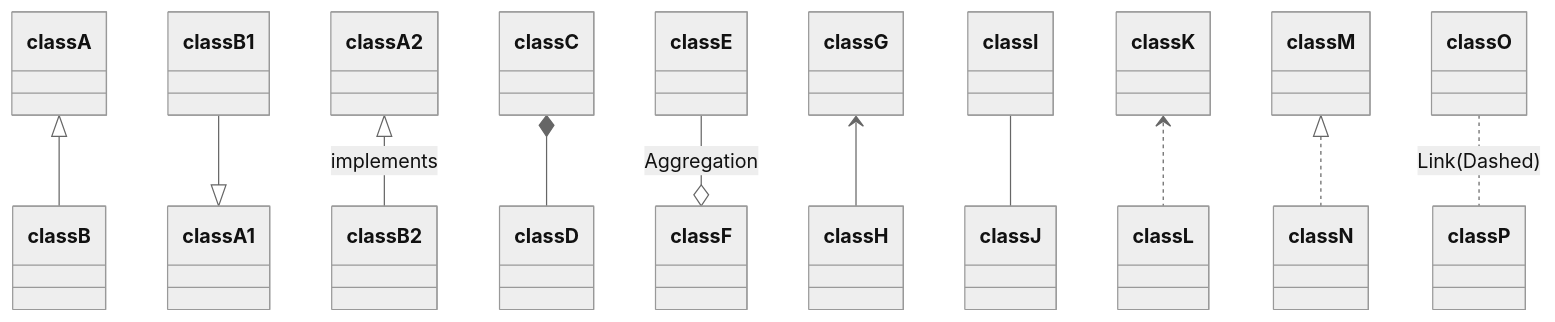
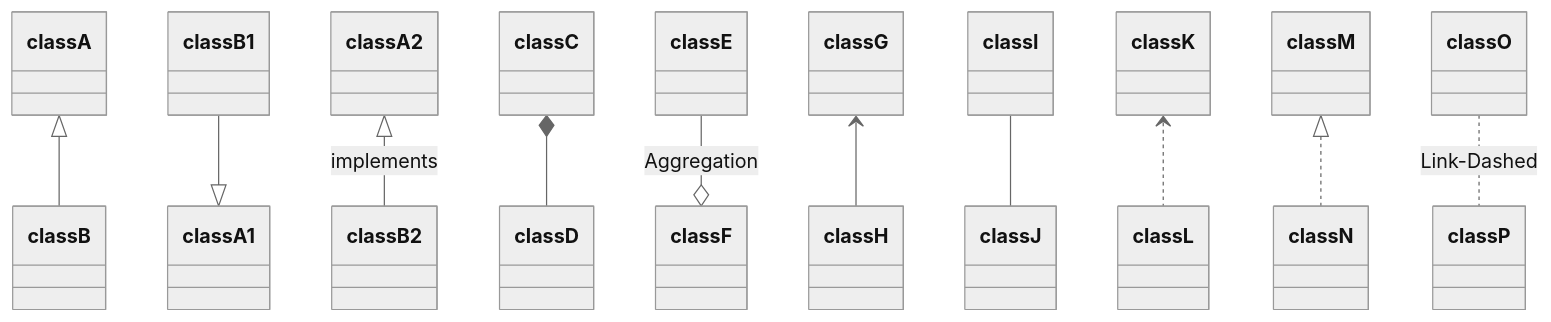
Before and after one commit to coswit/coswit.github.io: the eighth of 9 diagrams in 博客相关/markdown语法.md, drawn with Mermaid (neutral theme). The commit also changed other lines of this file and 14 other files, not shown here.

````diff
--- a/博客相关/markdown语法.md
+++ b/博客相关/markdown语法.md
@@ -285,13 +174,13 @@
 ```mermaid
 classDiagram
-classA <|-- classB
-classB1 --|> classA1
-classA2 <|-- classB2 : implements
-classC *-- classD
-classE --o classF : Aggregation
-classG <-- classH
-classI -- classJ
-classK <.. classL
-classM <|.. classN
-classO .. classP : Link(Dashed)
+    classA <|-- classB
+    classB1 --|> classA1
+    classA2 <|-- classB2 : implements
+    classC *-- classD
+    classE --o classF : Aggregation
+    classG <-- classH
+    classI -- classJ
+    classK <.. classL
+    classM <|.. classN
+    classO .. classP : Link-Dashed
 ```
````
